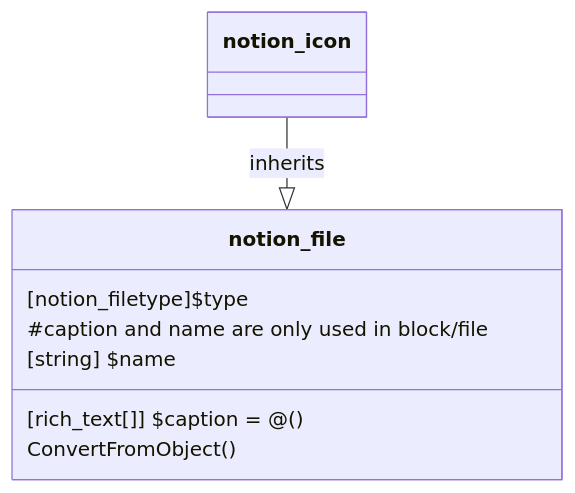
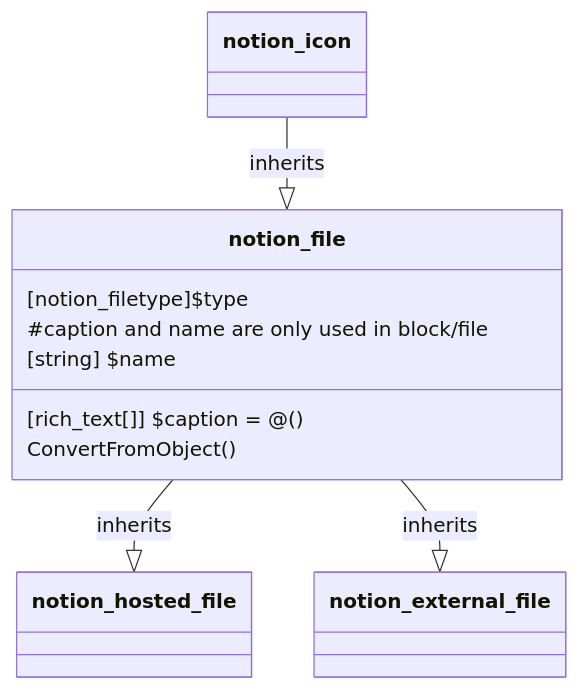
Before and after one commit to fasteiner/Notion: the diagram in source/WikiSource/Classes/File/01_file.md, drawn with Mermaid. The commit also changed other lines of this file and 80 other files, not shown here.

````diff
--- a/source/WikiSource/Classes/File/01_file.md
+++ b/source/WikiSource/Classes/File/01_file.md
@@ -7,11 +7,13 @@
 ```mermaid
 classDiagram
     class notion_file {
         [notion_filetype]$type
         #caption and name are only used in block/file
         [rich_text[]] $caption = @()
         [string] $name
         ConvertFromObject()
     }
     `notion_icon` --|> `notion_file`:inherits
+    `notion_file` --|> `notion_hosted_file`:inherits
+    `notion_file` --|> `notion_external_file`:inherits
 ```
````
